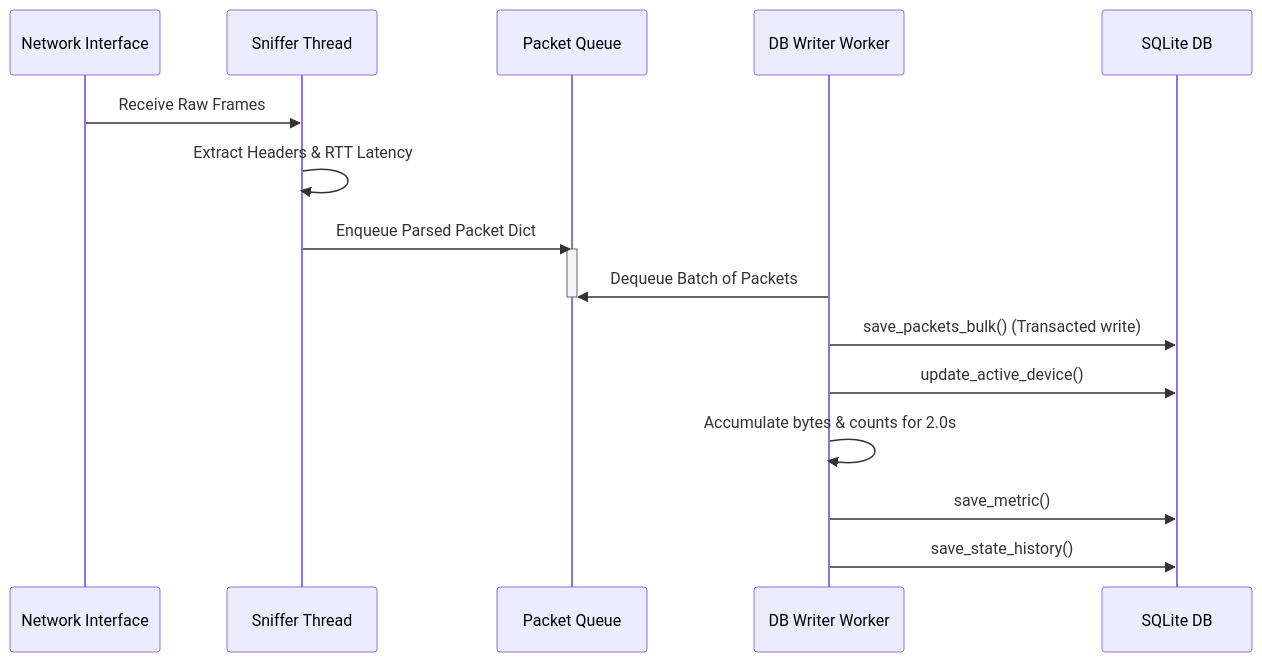
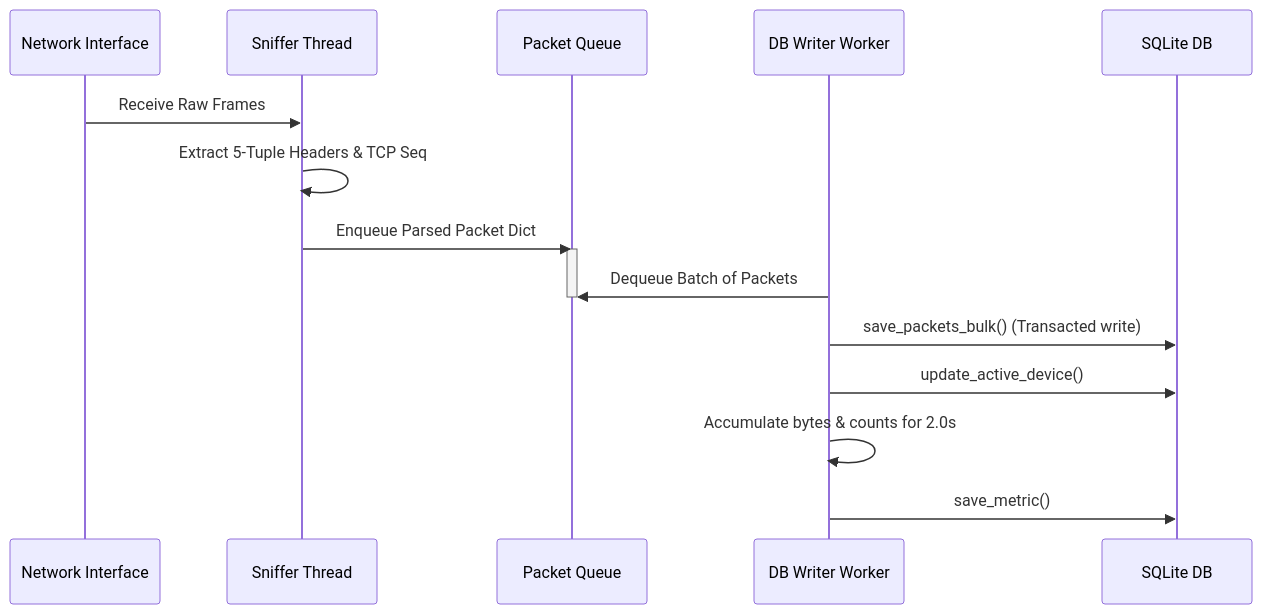
The second of 3 diagrams in docs/IEEE_Report.md (raghuramch028/NetInsight-X), drawn with Mermaid before and after one commit. The commit also changed other lines of this file and 1 other file, not shown here.

````diff
--- a/docs/IEEE_Report.md
+++ b/docs/IEEE_Report.md
@@ -80,20 +72,19 @@
 ```mermaid
 sequenceDiagram
     participant NIC as Network Interface
     participant SNF as Sniffer Thread
     participant Q as Packet Queue
     participant W as DB Writer Worker
     participant DB as SQLite DB
 
     NIC ->> SNF: Receive Raw Frames
-    SNF ->> SNF: Extract Headers & RTT Latency
+    SNF ->> SNF: Extract 5-Tuple Headers & TCP Seq
     SNF ->> Q: Enqueue Parsed Packet Dict
     activate Q
     W ->> Q: Dequeue Batch of Packets
     deactivate Q
     W ->> DB: save_packets_bulk() (Transacted write)
     W ->> DB: update_active_device()
     W ->> W: Accumulate bytes & counts for 2.0s
     W ->> DB: save_metric()
-    W ->> DB: save_state_history()
 ```
````
